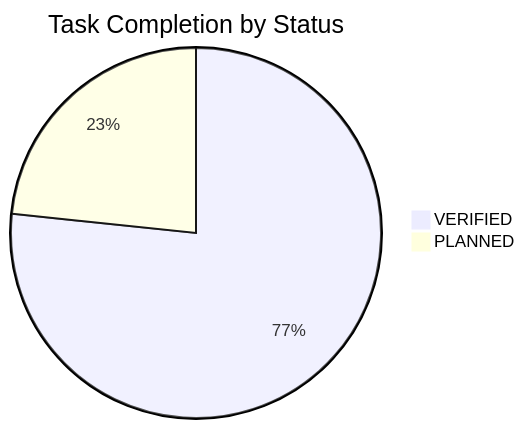
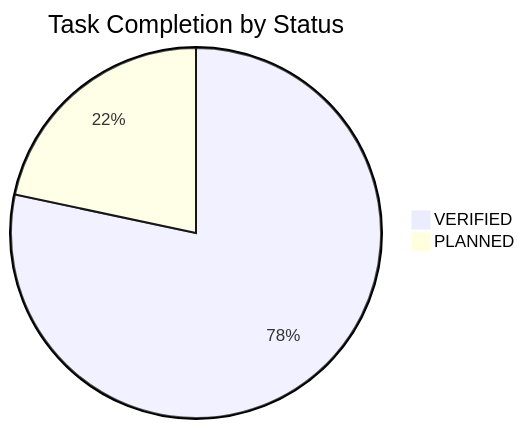
Before and after one commit to NguyenTriBaoThang/ClearWayAI: the diagram in docs/TASK_BOARD.md, drawn with Mermaid. The commit also changed other lines of this file and 9 other files, not shown here.

````diff
--- a/docs/TASK_BOARD.md
+++ b/docs/TASK_BOARD.md
@@ -16,5 +16,5 @@
 ```mermaid
 pie title Task Completion by Status
-    "VERIFIED" : 46
-    "PLANNED" : 14
+    "VERIFIED" : 47
+    "PLANNED" : 13
 ```
````
